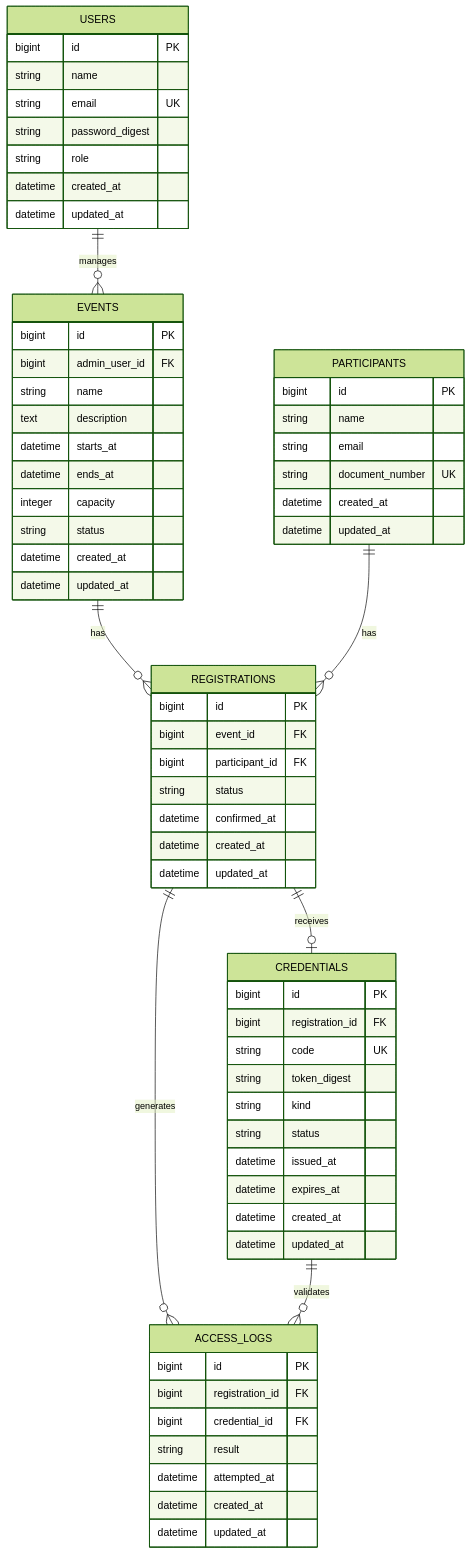
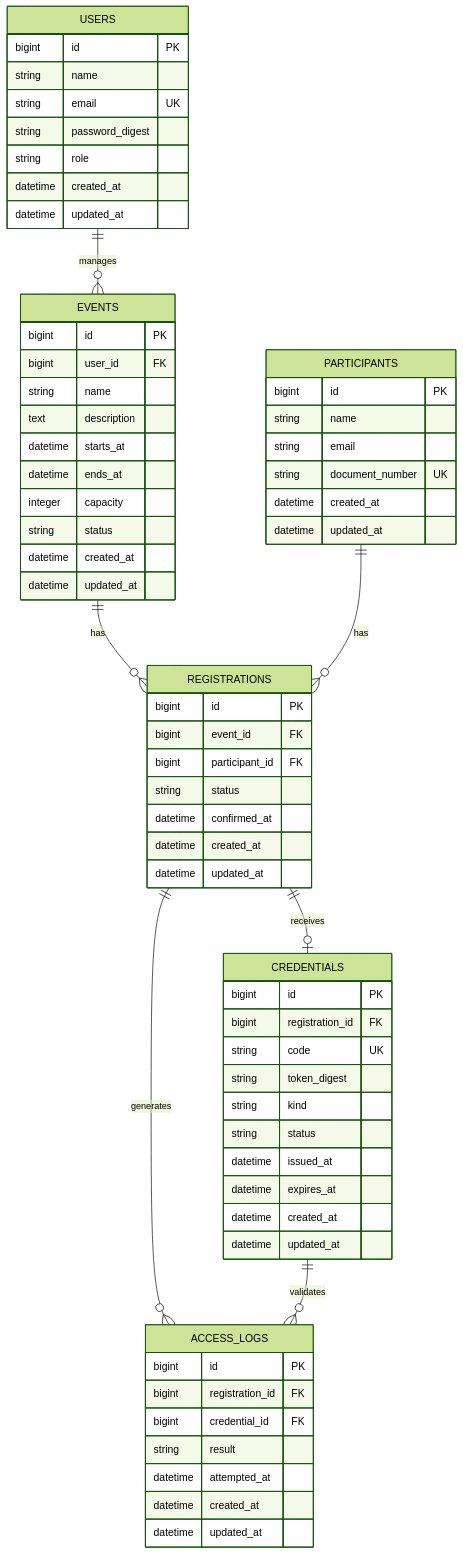
The diagram in docs/diagrams/erd.md (gabrielloyola/crudential), drawn with Mermaid (forest theme) before and after one commit. The commit also changed 5 other files, not shown here.

````diff
--- a/docs/diagrams/erd.md
+++ b/docs/diagrams/erd.md
@@ -1,74 +1,74 @@
 ```mermaid
 erDiagram
     USERS ||--o{ EVENTS : manages
     EVENTS ||--o{ REGISTRATIONS : has
     PARTICIPANTS ||--o{ REGISTRATIONS : has
     REGISTRATIONS ||--o| CREDENTIALS : receives
     REGISTRATIONS ||--o{ ACCESS_LOGS : generates
     CREDENTIALS ||--o{ ACCESS_LOGS : validates
 
     USERS {
         bigint id PK
         string name
         string email UK
         string password_digest
         string role
         datetime created_at
         datetime updated_at
     }
 
     EVENTS {
         bigint id PK
-        bigint admin_user_id FK
+        bigint user_id FK
         string name
         text description
         datetime starts_at
         datetime ends_at
         integer capacity
         string status
         datetime created_at
         datetime updated_at
     }
 
     PARTICIPANTS {
         bigint id PK
         string name
         string email
         string document_number UK
         datetime created_at
         datetime updated_at
     }
 
     REGISTRATIONS {
         bigint id PK
         bigint event_id FK
         bigint participant_id FK
         string status
         datetime confirmed_at
         datetime created_at
         datetime updated_at
     }
 
     CREDENTIALS {
         bigint id PK
         bigint registration_id FK
         string code UK
         string token_digest
         string kind
         string status
         datetime issued_at
         datetime expires_at
         datetime created_at
         datetime updated_at
     }
 
     ACCESS_LOGS {
         bigint id PK
         bigint registration_id FK
         bigint credential_id FK
         string result
         datetime attempted_at
         datetime created_at
         datetime updated_at
     }
 ```
````
